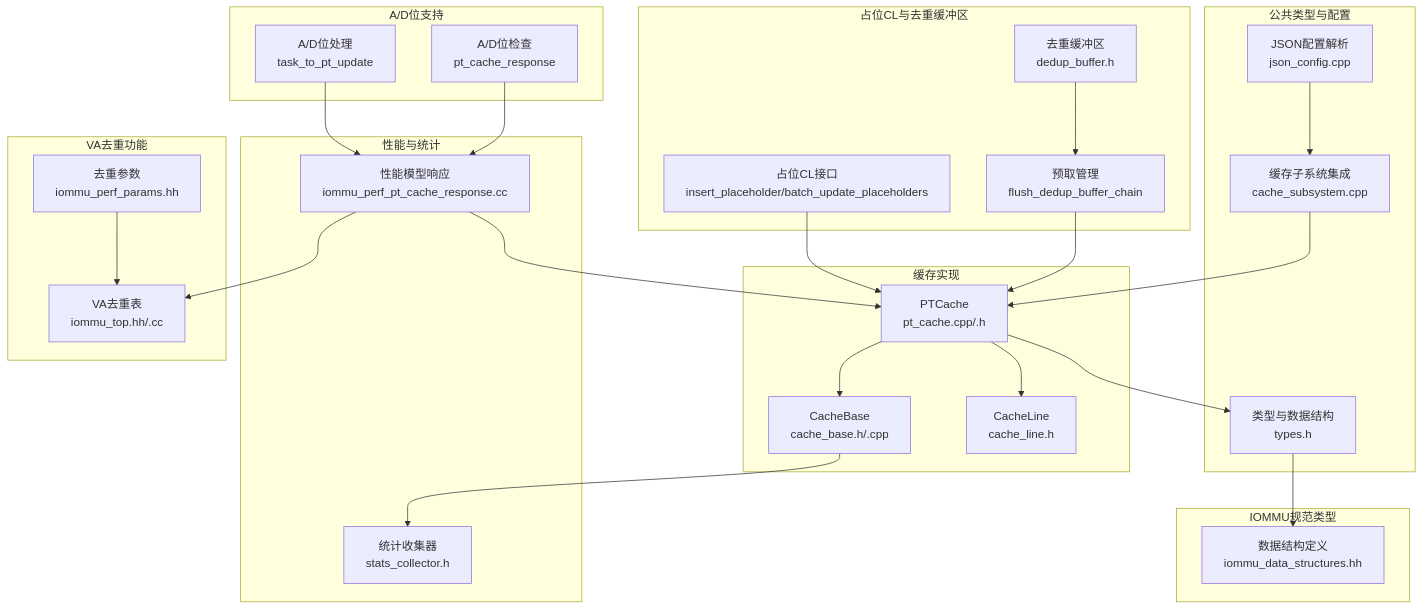
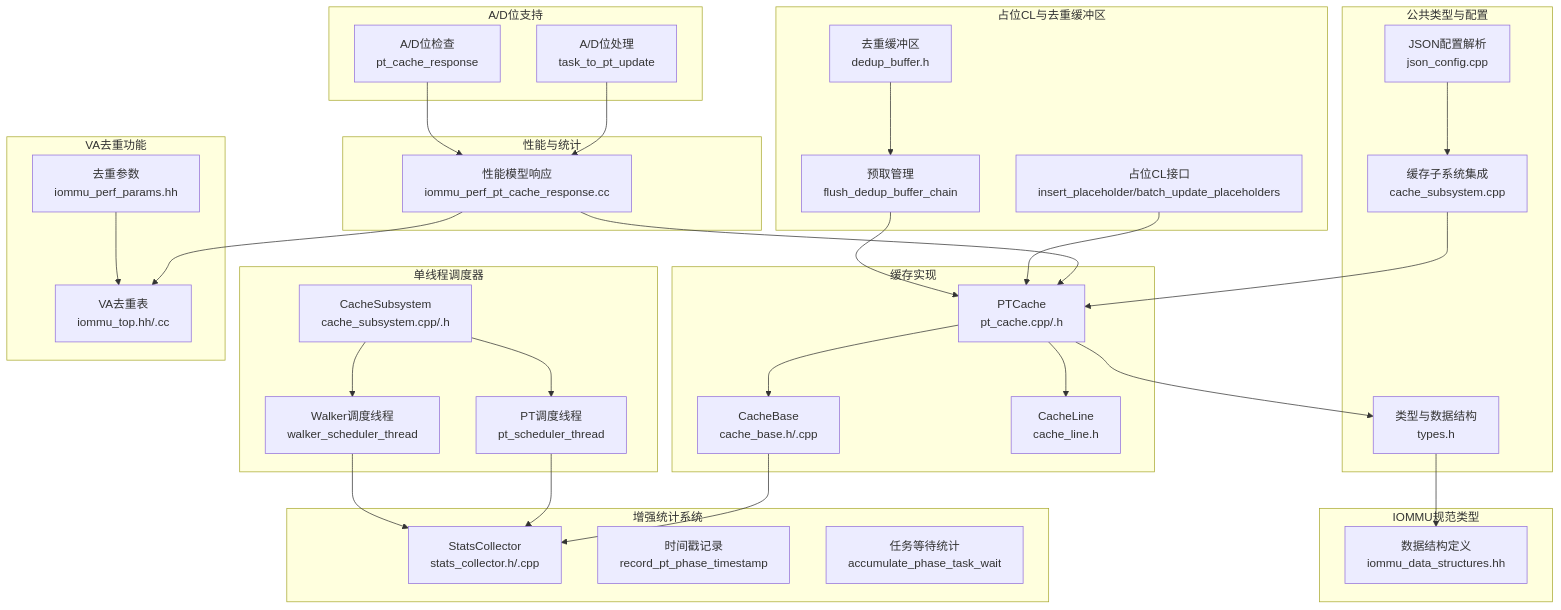
Before and after one commit to jiangjiang1122/iommu_model_20260401_v1: the first of 20 diagrams in .qoder/repowiki/zh/content/缓存系统架构/页表缓存(PT Cache)/页表缓存(PT Cache).md, drawn with Mermaid. The commit also changed other lines of this file and 25 other files, not shown here.

````diff
--- a/.qoder/repowiki/zh/content/缓存系统架构/页表缓存(PT Cache)/页表缓存(PT Cache).md
+++ b/.qoder/repowiki/zh/content/缓存系统架构/页表缓存(PT Cache)/页表缓存(PT Cache).md
@@ -70,48 +87,61 @@
 ```mermaid
 graph TB
 subgraph "缓存实现"
 PT["PTCache<br/>pt_cache.cpp/.h"]
 CB["CacheBase<Tag,Data><br/>cache_base.h/.cpp"]
 CL["CacheLine<br/>cache_line.h"]
 end
+subgraph "单线程调度器"
+SC["CacheSubsystem<br/>cache_subsystem.cpp/.h"]
+PS["PT调度线程<br/>pt_scheduler_thread"]
+WS["Walker调度线程<br/>walker_scheduler_thread"]
+end
+subgraph "增强统计系统"
+ST["StatsCollector<br/>stats_collector.h/.cpp"]
+TS["时间戳记录<br/>record_pt_phase_timestamp"]
+TW["任务等待统计<br/>accumulate_phase_task_wait"]
+end
 subgraph "公共类型与配置"
 TY["类型与数据结构<br/>types.h"]
 JC["JSON配置解析<br/>json_config.cpp"]
 SS["缓存子系统集成<br/>cache_subsystem.cpp"]
 end
 subgraph "性能与统计"
-ST["统计收集器<br/>stats_collector.h"]
 PM["性能模型响应<br/>iommu_perf_pt_cache_response.cc"]
 end
 subgraph "IOMMU规范类型"
 DS["数据结构定义<br/>iommu_data_structures.hh"]
 end
 subgraph "A/D位支持"
 AD["A/D位处理<br/>task_to_pt_update"]
 AD2["A/D位检查<br/>pt_cache_response"]
 end
 subgraph "VA去重功能"
 VD["VA去重表<br/>iommu_top.hh/.cc"]
 VP["去重参数<br/>iommu_perf_params.hh"]
 end
 subgraph "占位CL与去重缓冲区"
 PH["占位CL接口<br/>insert_placeholder/batch_update_placeholders"]
 DB["去重缓冲区<br/>dedup_buffer.h"]
 PF["预取管理<br/>flush_dedup_buffer_chain"]
 end
 PT --> CB
 PT --> CL
 PT --> TY
 CB --> ST
+SC --> PS
+SC --> WS
+PS --> ST
+WS --> ST
 SS --> PT
 JC --> SS
 PM --> PT
 TY --> DS
 PM --> VD
 VP --> VD
 AD --> PM
 AD2 --> PM
 PH --> PT
 DB --> PF
 PF --> PT
 ```
````
